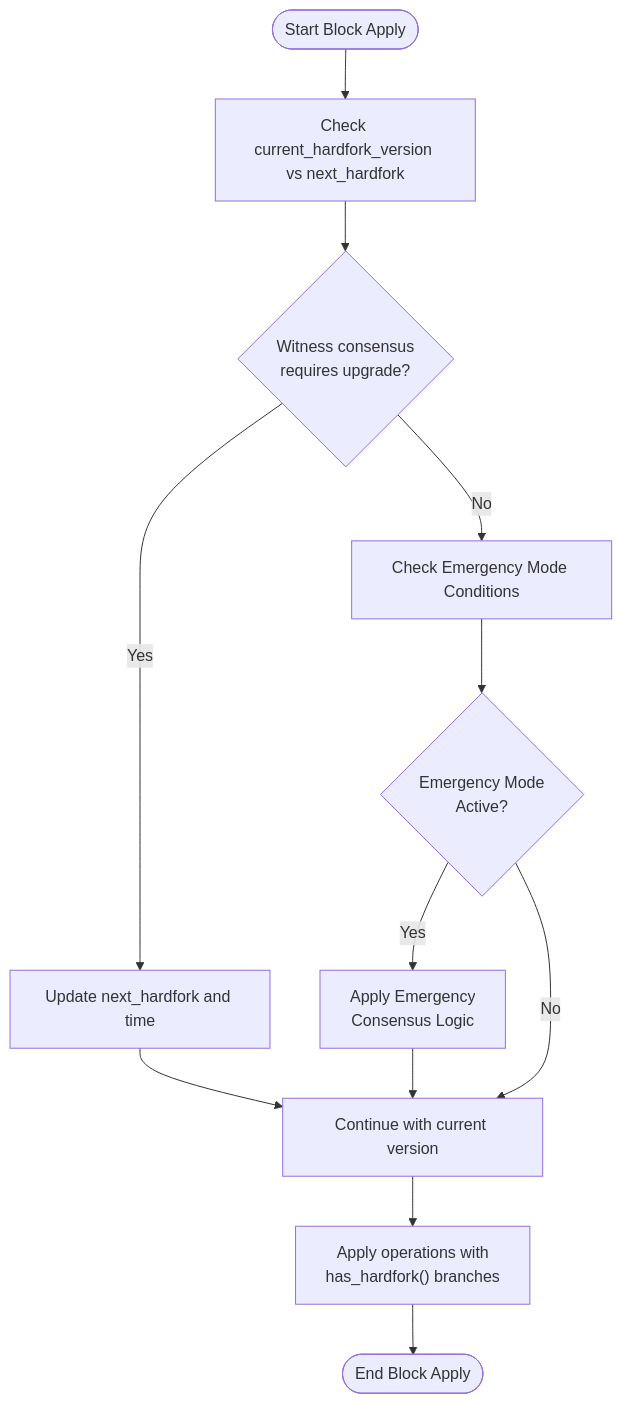
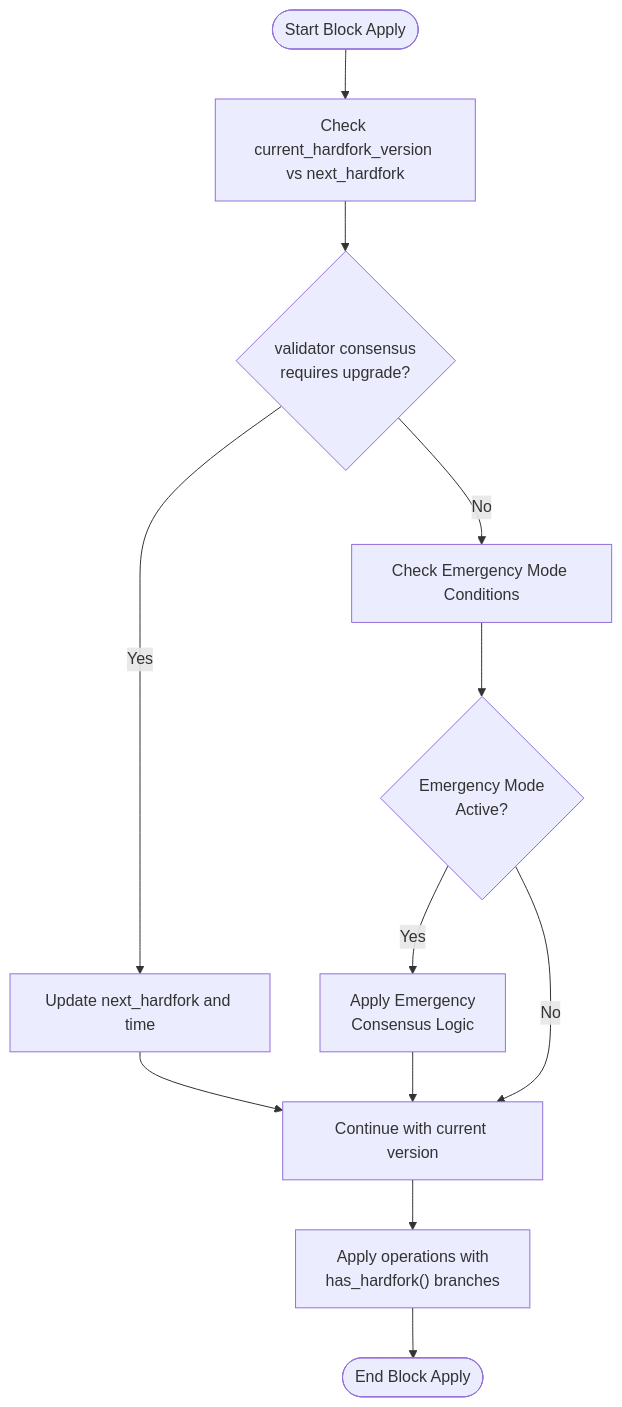
One commit to VIZ-Blockchain/viz-cpp-node changed the fifth of 7 diagrams in .qoder/repowiki/en/content/Advanced Topics/Hardfork Management.md. Above: the diagram before and after it, drawn with Mermaid. The commit also changed other lines of this file and 88 other files, not shown here.

First line of the commit message:
docs(validator): rename witness to validator throughout documentation

````diff
--- a/.qoder/repowiki/en/content/Advanced Topics/Hardfork Management.md
+++ b/.qoder/repowiki/en/content/Advanced Topics/Hardfork Management.md
@@ -296,14 +296,14 @@
 ```mermaid
 flowchart TD
 Start(["Start Block Apply"]) --> CheckHF["Check current_hardfork_version vs next_hardfork"]
-CheckHF --> Consensus{"Witness consensus<br/>requires upgrade?"}
+CheckHF --> Consensus{"validator consensus<br/>requires upgrade?"}
 Consensus --> |Yes| UpdateNext["Update next_hardfork and time"]
 Consensus --> |No| CheckEmergency["Check Emergency Mode Conditions"]
 CheckEmergency --> EmergencyActive{"Emergency Mode<br/>Active?"}
 EmergencyActive --> |Yes| EmergencyLogic["Apply Emergency<br/>Consensus Logic"]
 EmergencyActive --> |No| Continue["Continue with current version"]
 UpdateNext --> Continue
 EmergencyLogic --> Continue
 Continue --> ApplyOps["Apply operations with<br/>has_hardfork() branches"]
 ApplyOps --> End(["End Block Apply"])
 ```
````
